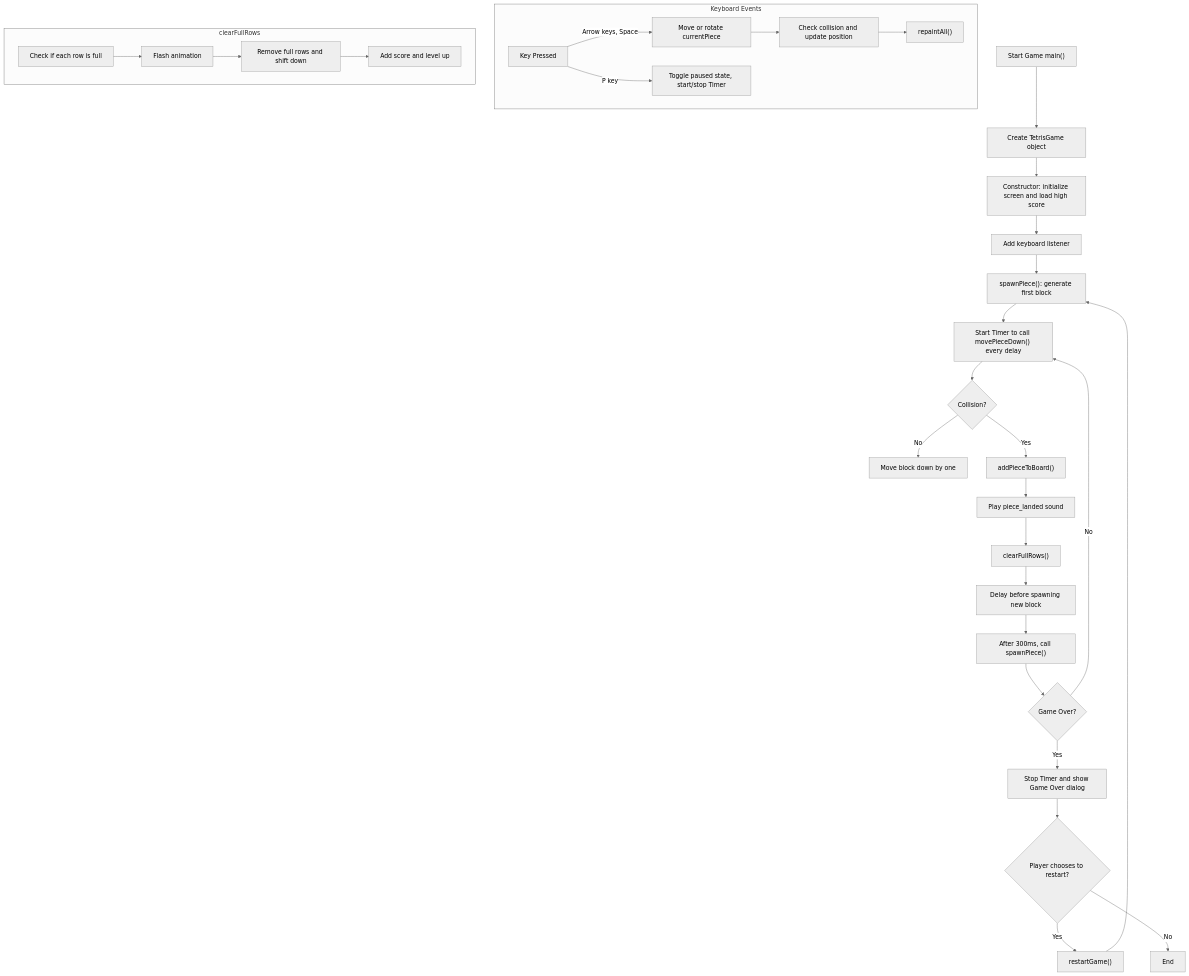
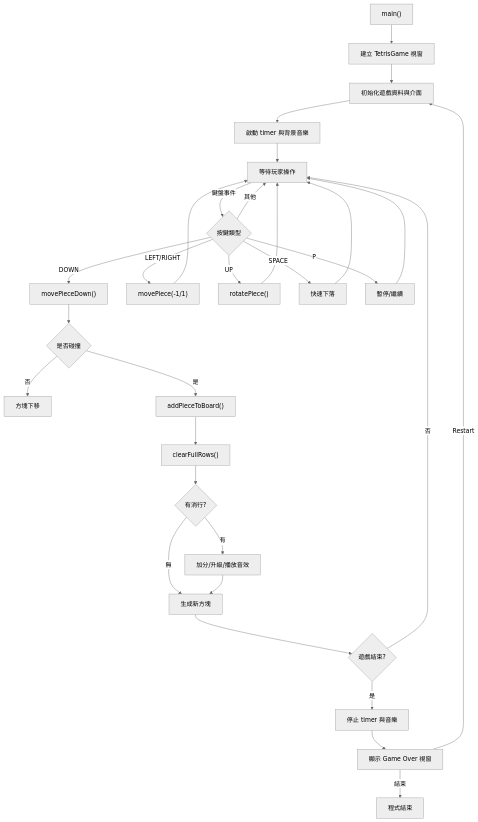
Before and after one commit to KamuiFan/JavaFinalProject: the first of 3 diagrams in README.md, drawn with Mermaid (neutral theme). The commit also changed other lines of this file, not shown here.

````diff
--- a/README.md
+++ b/README.md
@@ -22,39 +23,36 @@
 ```mermaid
 flowchart TD
-    A["Start Game main()"] --> B["Create TetrisGame object"]
-    B --> C["Constructor: initialize screen and load high score"]
-    C --> D["Add keyboard listener"]
-    D --> E["spawnPiece(): generate first block"]
-    E --> F["Start Timer to call movePieceDown() every delay"]
+    A["main()"] --> B["建立 TetrisGame 視窗"]
+    B --> C["初始化遊戲資料與介面"]
+    C --> D["啟動 timer 與背景音樂"]
+    D --> E["等待玩家操作"]
 
-    subgraph Keyboard Events
-        K1["Key Pressed"] --> |Arrow keys, Space| K2["Move or rotate currentPiece"]
-        K2 --> K3["Check collision and update position"]
-        K3 --> K4["repaintAll()"]
-        K1 --> |P key| K5["Toggle paused state, start/stop Timer"]
-    end
+    E -->|"鍵盤事件"| F{"按鍵類型"}
+    F -->|"DOWN"| G["movePieceDown()"]
+    F -->|"LEFT/RIGHT"| H["movePiece(-1/1)"]
+    F -->|"UP"| I["rotatePiece()"]
+    F -->|"SPACE"| J["快速下落"]
+    F -->|"P"| K["暫停/繼續"]
+    F -->|"其他"| E
 
-    F --> G{Collision?}
-    G --> |No| H["Move block down by one"]
-    G --> |Yes| I["addPieceToBoard()"]
-    I --> J["Play piece_landed sound"]
-    J --> K["clearFullRows()"]
-    K --> L["Delay before spawning new block"]
+    G --> L{"是否碰撞"}
+    L -->|"否"| M["方塊下移"]
+    L -->|"是"| N["addPieceToBoard()"]
+    N --> O["clearFullRows()"]
+    O --> P{"有消行?"}
+    P -->|"有"| Q["加分/升級/播放音效"]
+    P -->|"無"| R["生成新方塊"]
+    Q --> R
+    R --> S{"遊戲結束?"}
+    S -->|"否"| E
+    S -->|"是"| T["停止 timer 與音樂"]
+    T --> U["顯示 Game Over 視窗"]
+    U -->|"Restart"| C
+    U -->|"結束"| V["程式結束"]
 
-    L --> M["After 300ms, call spawnPiece()"]
-    M --> N{Game Over?}
-    N --> |No| F
-    N --> |Yes| O["Stop Timer and show Game Over dialog"]
-
-    O --> P{Player chooses to restart?}
-    P --> |Yes| Q["restartGame()"]
-    Q --> E
-    P --> |No| R["End"]
-
-    subgraph clearFullRows
-        K1c["Check if each row is full"] --> K2c["Flash animation"]
-        K2c --> K3c["Remove full rows and shift down"]
-        K3c --> K4c["Add score and level up"]
-    end
+    H --> E
+    I --> E
+    J --> E
+    K --> E
 
 ```
````
